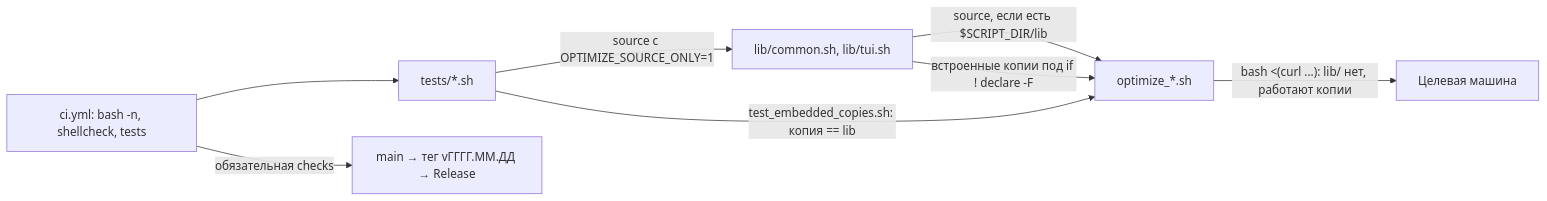
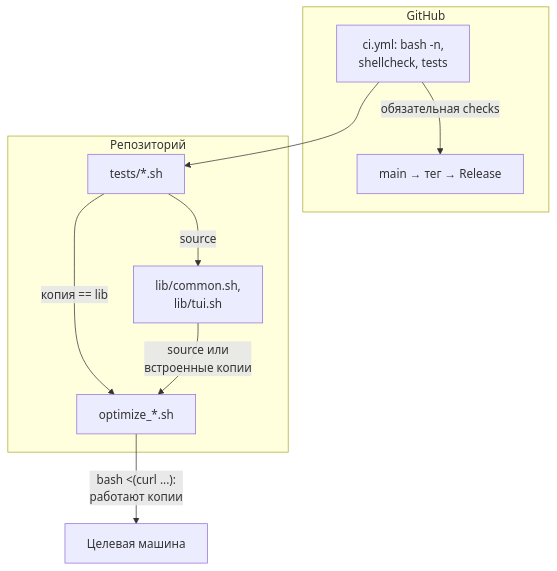
One commit to snaplyze/optimize-debian changed the diagram in docs/ARCHITECTURE.md. Above: the diagram before and after it, drawn with Mermaid. The commit also changed 7 other files, not shown here.

First line of the commit message:
docs: make the diagrams of README and the guides readable on GitHub

````diff
--- a/docs/ARCHITECTURE.md
+++ b/docs/ARCHITECTURE.md
@@ -39,10 +39,13 @@
 ```mermaid
-flowchart LR
-    LIB["lib/common.sh, lib/tui.sh"] -- "source, если есть $SCRIPT_DIR/lib" --> S["optimize_*.sh"]
-    LIB -- "встроенные копии под if ! declare -F" --> S
-    S -- "bash <(curl ...): lib/ нет, работают копии" --> M["Целевая машина"]
-    T["tests/*.sh"] -- "source с OPTIMIZE_SOURCE_ONLY=1" --> LIB
-    T -- "test_embedded_copies.sh: копия == lib" --> S
-    CI["ci.yml: bash -n, shellcheck, tests"] --> T
-    CI -- "обязательная checks" --> R["main → тег vГГГГ.ММ.ДД → Release"]
+flowchart TD
+    subgraph GH["GitHub"]
+        CI["ci.yml: bash -n,<br>shellcheck, tests"] -- "обязательная checks" --> R["main → тег → Release"]
+    end
+    subgraph REPO["Репозиторий"]
+        T["tests/*.sh"] -- "source" --> LIB["lib/common.sh,<br>lib/tui.sh"]
+        T -- "копия == lib" --> S["optimize_*.sh"]
+        LIB -- "source или<br>встроенные копии" --> S
+    end
+    CI --> T
+    S -- "bash <(curl ...):<br>работают копии" --> M["Целевая машина"]
 ```
````
